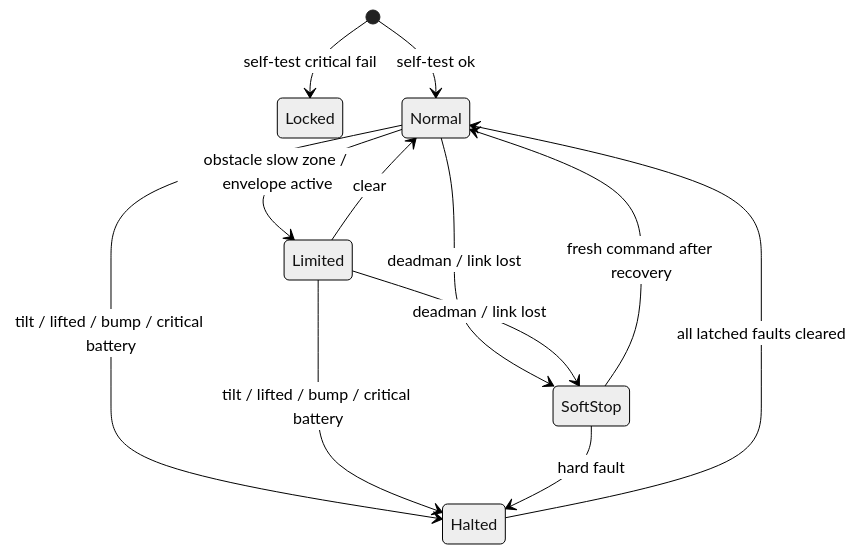
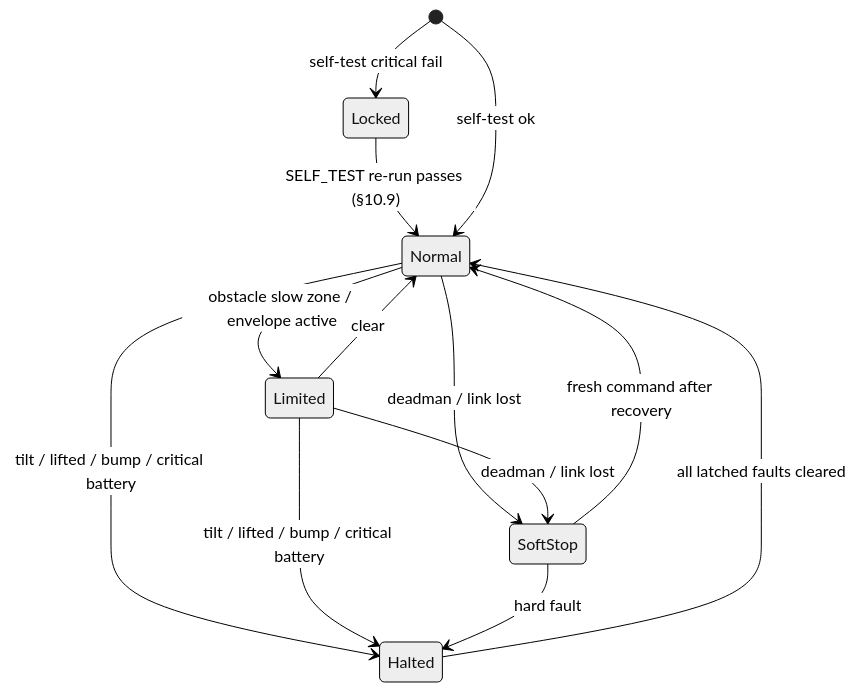
Before and after one commit to mannuray/conqueror: the ninth of 30 diagrams in docs/lld/uno-firmware-lld.md, drawn with Mermaid (neutral theme). The commit also changed other lines of this file and 10 other files, not shown here.

First line of the commit message:
docs(plan-b): critical self-test locks motion

````diff
--- a/docs/lld/uno-firmware-lld.md
+++ b/docs/lld/uno-firmware-lld.md
@@ -549,14 +549,15 @@
 ```mermaid
 stateDiagram-v2
     [*] --> Locked : self-test critical fail
+    Locked --> Normal : SELF_TEST re-run passes (§10.9)
     [*] --> Normal : self-test ok
     Normal --> Limited : obstacle slow zone / envelope active
     Limited --> Normal : clear
     Normal --> SoftStop : deadman / link lost
     Limited --> SoftStop : deadman / link lost
     SoftStop --> Normal : fresh command after recovery
     Normal --> Halted : tilt / lifted / bump / critical battery
     Limited --> Halted : tilt / lifted / bump / critical battery
     SoftStop --> Halted : hard fault
     Halted --> Normal : all latched faults cleared
 ```
````
